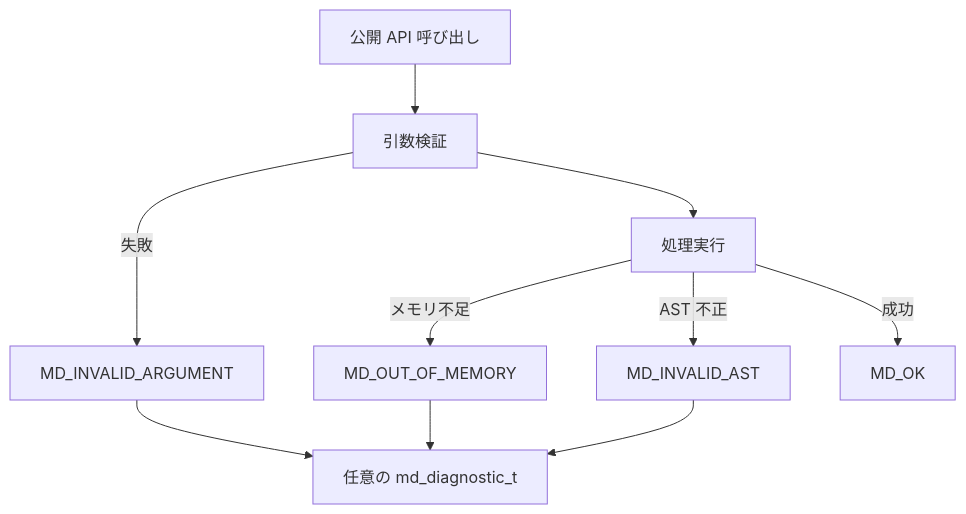
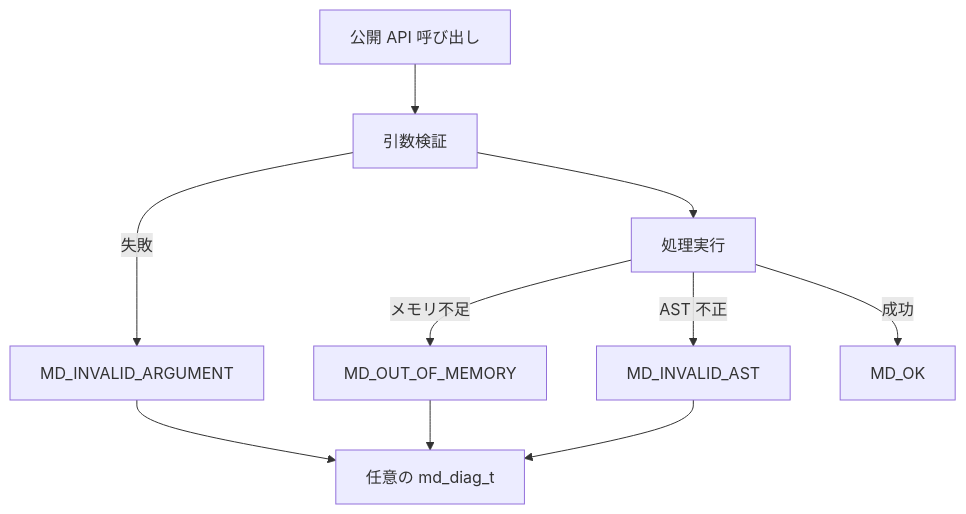
One commit to ktdevx/libmarkdown changed the fourth of 6 diagrams in docs/specs/design.md. Above: the diagram before and after it, drawn with Mermaid. The commit also changed other lines of this file and 5 other files, not shown here.

````diff
--- a/docs/specs/design.md
+++ b/docs/specs/design.md
@@ -208,12 +208,12 @@
 ```mermaid
 flowchart TD
 	Call[公開 API 呼び出し] --> Validate[引数検証]
 	Validate -->|失敗| ArgumentError[MD_INVALID_ARGUMENT]
 	Validate --> Execute[処理実行]
 	Execute -->|メモリ不足| MemoryError[MD_OUT_OF_MEMORY]
 	Execute -->|AST 不正| AstError[MD_INVALID_AST]
 	Execute -->|成功| Success[MD_OK]
-	ArgumentError --> Diagnostic[任意の md_diagnostic_t]
+	ArgumentError --> Diagnostic[任意の md_diag_t]
 	MemoryError --> Diagnostic
 	AstError --> Diagnostic
 ```
````
